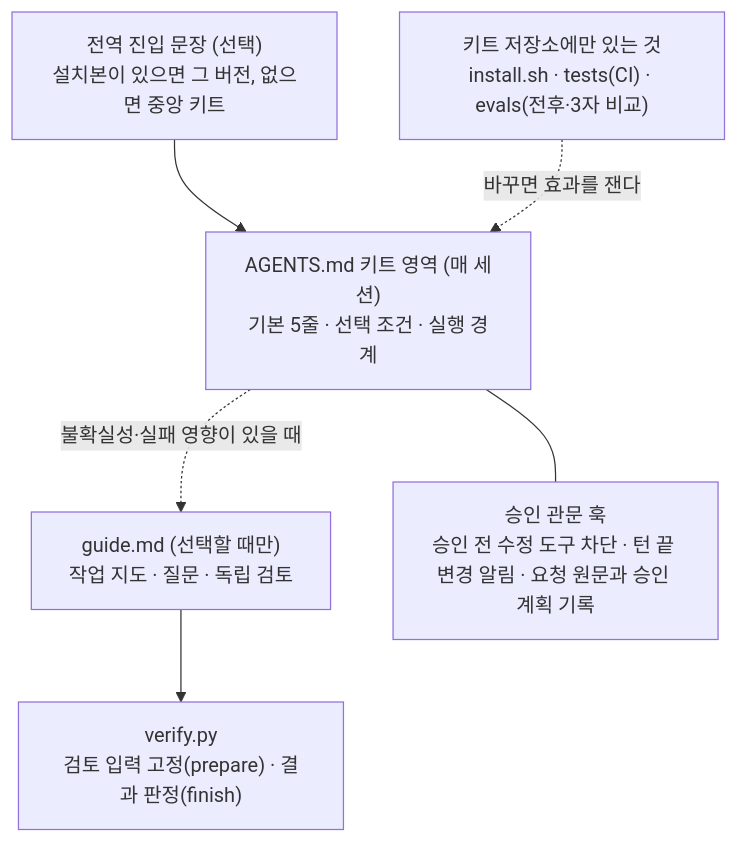
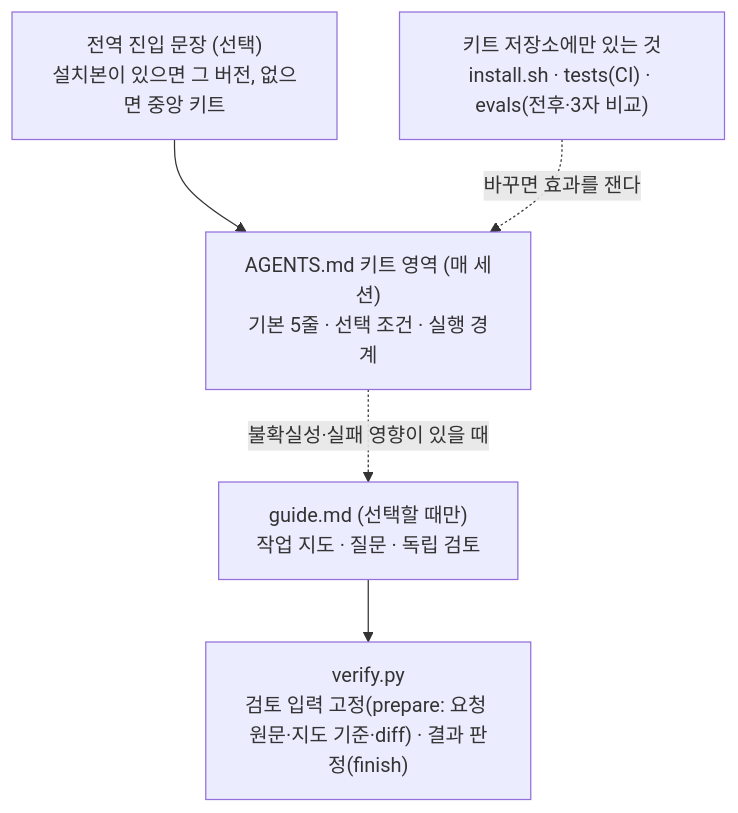
Before and after one commit to taehyung-lab/agent-workflow-kit: the first of 2 diagrams in README.md, drawn with Mermaid. The commit also changed other lines of this file and 157 other files, not shown here.

````diff
--- a/README.md
+++ b/README.md
@@ -29,14 +29,12 @@
 ```mermaid
 flowchart TD
   E["전역 진입 문장 (선택)<br/>설치본이 있으면 그 버전, 없으면 중앙 키트"]
   A["AGENTS.md 키트 영역 (매 세션)<br/>기본 5줄 · 선택 조건 · 실행 경계"]
   G["guide.md (선택할 때만)<br/>작업 지도 · 질문 · 독립 검토"]
-  H["승인 관문 훅<br/>승인 전 수정 도구 차단 · 턴 끝 변경 알림 · 요청 원문과 승인 계획 기록"]
-  V["verify.py<br/>검토 입력 고정(prepare) · 결과 판정(finish)"]
+  V["verify.py<br/>검토 입력 고정(prepare: 요청 원문·지도 기준·diff) · 결과 판정(finish)"]
   R["키트 저장소에만 있는 것<br/>install.sh · tests(CI) · evals(전후·3자 비교)"]
   E --> A
   A -.->|불확실성·실패 영향이 있을 때| G
-  A --- H
   G --> V
   R -.->|바꾸면 효과를 잰다| A
 ```
````
